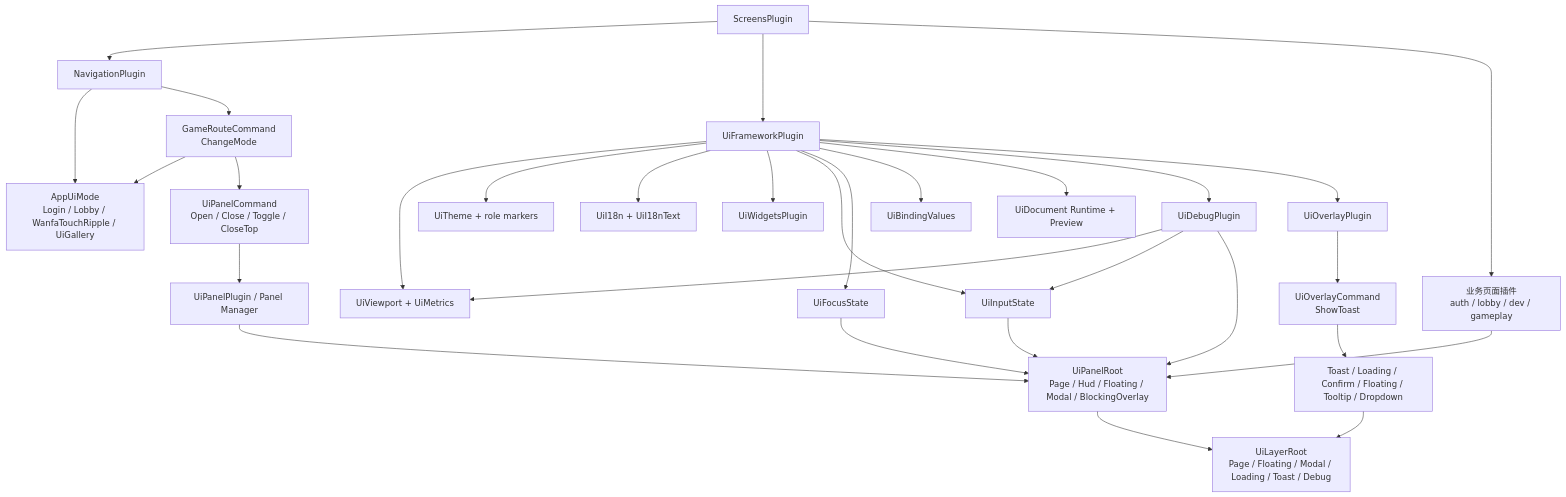
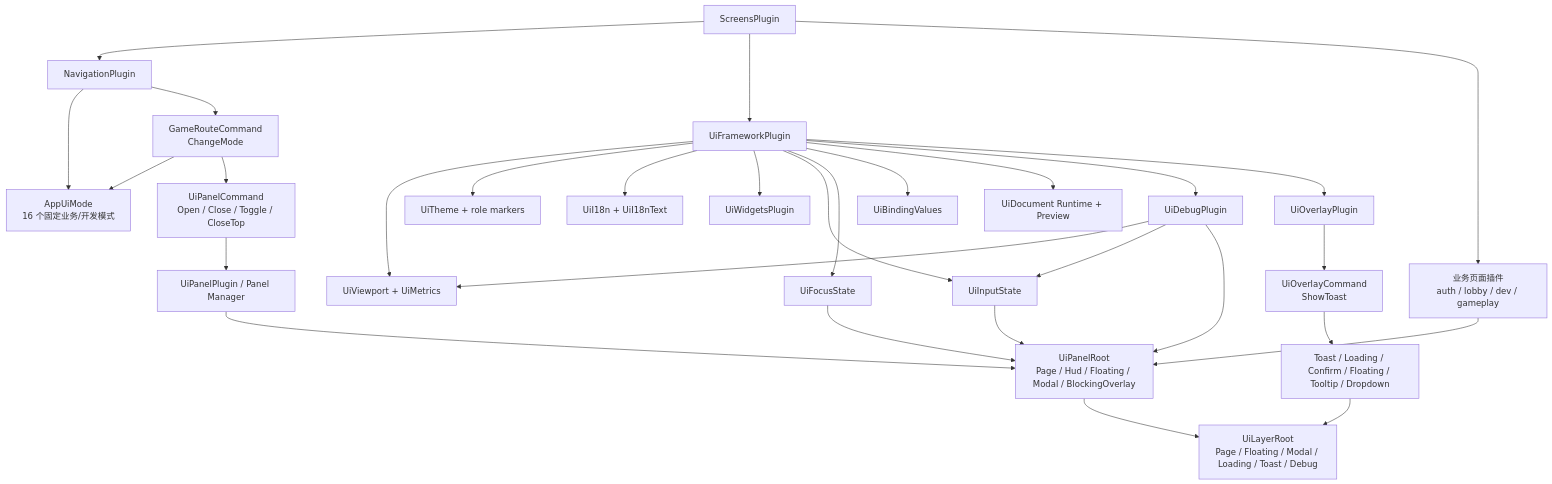
The diagram in docs/ui/README.md (atan135/mybevy), drawn with Mermaid before and after one commit. The commit also changed other lines of this file and 7 other files, not shown here.

````diff
--- a/docs/ui/README.md
+++ b/docs/ui/README.md
@@ -33,58 +33,58 @@
 ```mermaid
 flowchart TD
     ScreensPlugin["ScreensPlugin"]
     NavigationPlugin["NavigationPlugin"]
     UiFrameworkPlugin["UiFrameworkPlugin"]
     Screens["业务页面插件<br/>auth / lobby / dev / gameplay"]
 
-    AppUiMode["AppUiMode<br/>Login / Lobby / WanfaTouchRipple / UiGallery"]
+    AppUiMode["AppUiMode<br/>16 个固定业务/开发模式"]
     GameRouteCommand["GameRouteCommand<br/>ChangeMode"]
     UiOverlayCommand["UiOverlayCommand<br/>ShowToast"]
     UiPanelCommand["UiPanelCommand<br/>Open / Close / Toggle / CloseTop"]
 
     UiViewport["UiViewport + UiMetrics"]
     UiTheme["UiTheme + role markers"]
     UiI18n["UiI18n + UiI18nText"]
     UiWidgets["UiWidgetsPlugin"]
     UiInput["UiInputState"]
     UiFocus["UiFocusState"]
     UiBinding["UiBindingValues"]
     UiDocument["UiDocument Runtime + Preview"]
     UiDebug["UiDebugPlugin"]
     UiOverlayPlugin["UiOverlayPlugin"]
 
     PanelManager["UiPanelPlugin / Panel Manager"]
     LayerRoots["UiLayerRoot<br/>Page / Floating / Modal / Loading / Toast / Debug"]
     Panels["UiPanelRoot<br/>Page / Hud / Floating / Modal / BlockingOverlay"]
     Overlays["Toast / Loading / Confirm / Floating / Tooltip / Dropdown"]
 
     ScreensPlugin --> NavigationPlugin
     ScreensPlugin --> UiFrameworkPlugin
     ScreensPlugin --> Screens
     NavigationPlugin --> AppUiMode
     NavigationPlugin --> GameRouteCommand
     GameRouteCommand --> AppUiMode
     GameRouteCommand --> UiPanelCommand
     Screens --> Panels
     UiFrameworkPlugin --> UiViewport
     UiFrameworkPlugin --> UiTheme
     UiFrameworkPlugin --> UiI18n
     UiFrameworkPlugin --> UiWidgets
     UiFrameworkPlugin --> UiInput
     UiFrameworkPlugin --> UiFocus
     UiFrameworkPlugin --> UiBinding
     UiFrameworkPlugin --> UiDocument
     UiFrameworkPlugin --> UiDebug
     UiFrameworkPlugin --> UiOverlayPlugin
     UiOverlayPlugin --> UiOverlayCommand
     UiOverlayCommand --> Overlays
     UiPanelCommand --> PanelManager
     PanelManager --> Panels
     Panels --> LayerRoots
     Overlays --> LayerRoots
     UiInput --> Panels
     UiFocus --> Panels
     UiDebug --> UiViewport
     UiDebug --> UiInput
     UiDebug --> Panels
 ```
````
